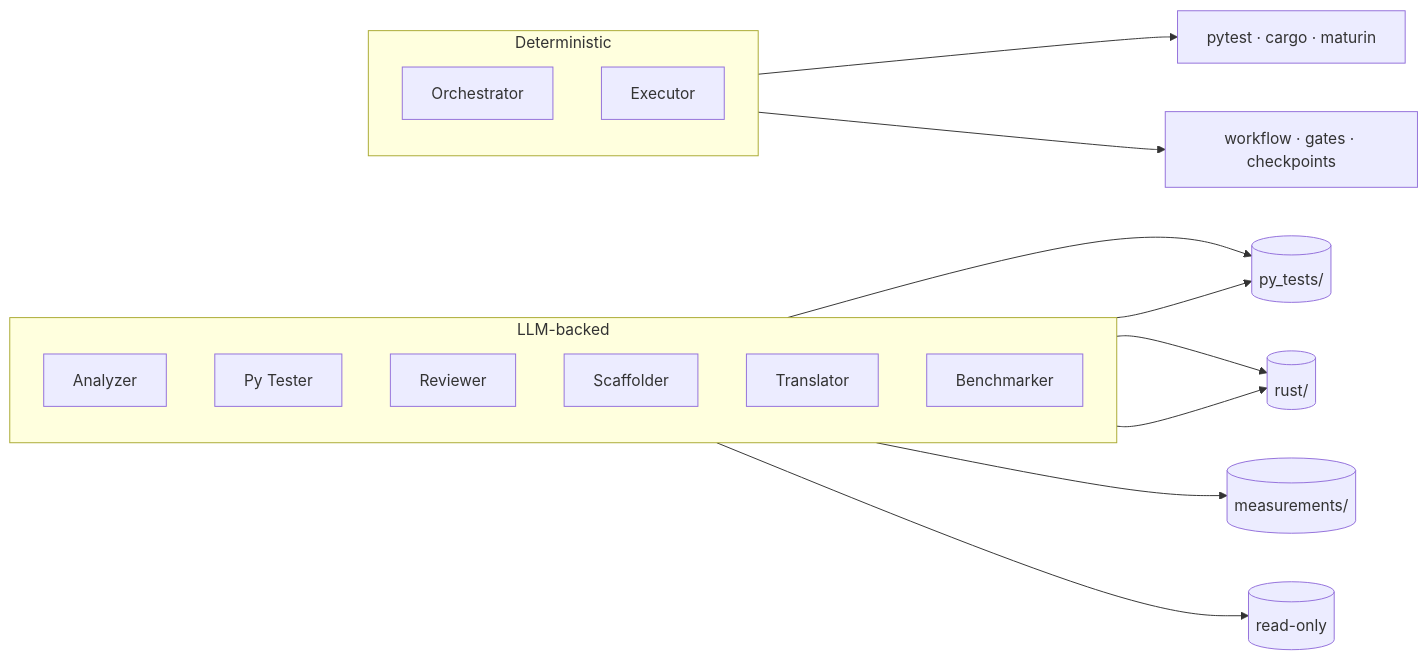
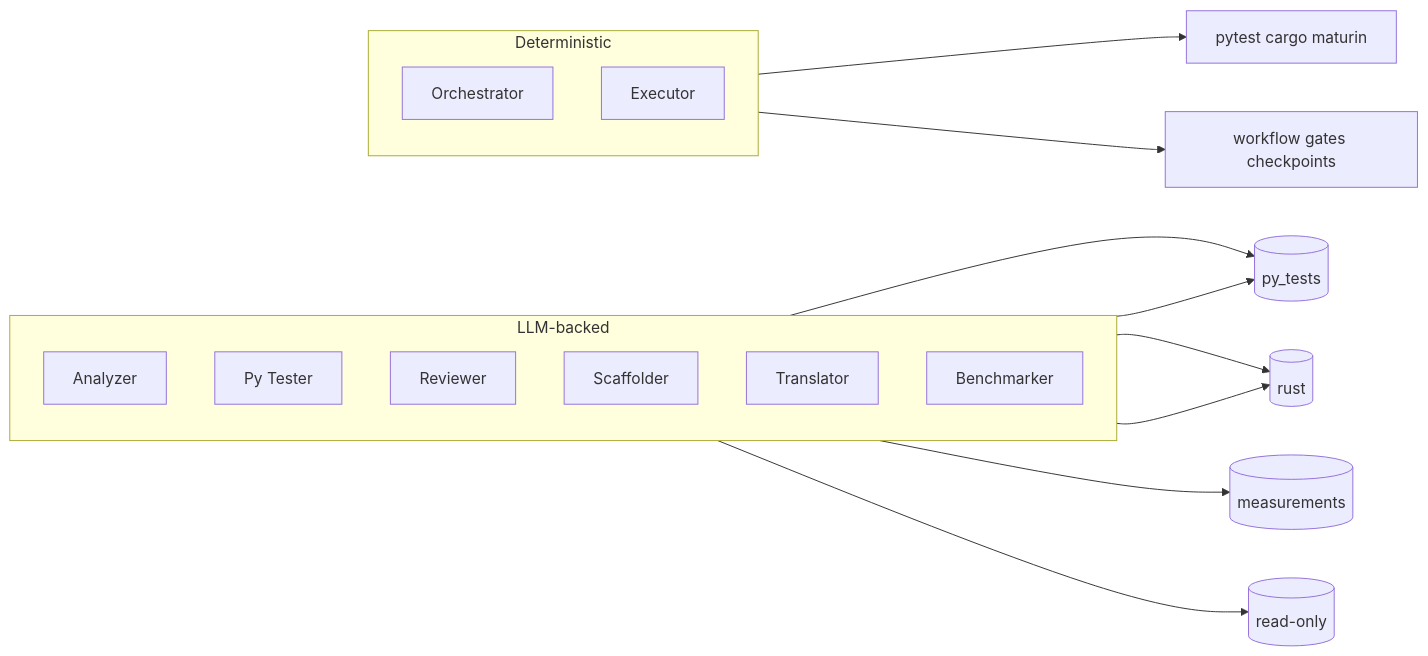
The seventh of 11 diagrams in README.md (Haaparanta/AaltoAI-Ai-For-Good), drawn with Mermaid before and after one commit. The commit also changed other lines of this file and 4 other files, not shown here.

````diff
--- a/README.md
+++ b/README.md
@@ -203,23 +203,25 @@
 ```mermaid
 flowchart LR
-    subgraph llm["LLM-backed"]
+    subgraph llmAgents["LLM-backed"]
         direction TB
         A[Analyzer]
         PT[Py Tester]
         RV[Reviewer]
         SC[Scaffolder]
         TR[Translator]
         BM[Benchmarker]
     end
-    subgraph no_llm["Deterministic"]
+    subgraph infraAgents["Deterministic"]
         direction TB
         OR[Orchestrator]
         EX[Executor]
     end
-    A & PT --> W1[(py_tests/)]
-    SC & TR --> W2[(rust/)]
-    BM --> W3[(measurements/)]
+    A --> W1[(py_tests)]
+    PT --> W1
+    SC --> W2[(rust)]
+    TR --> W2
+    BM --> W3[(measurements)]
     RV --> RO[(read-only)]
-    EX --> CMD[pytest · cargo · maturin]
-    OR --> WF[workflow · gates · checkpoints]
+    EX --> CMD["pytest cargo maturin"]
+    OR --> WF["workflow gates checkpoints"]
 ```
````
